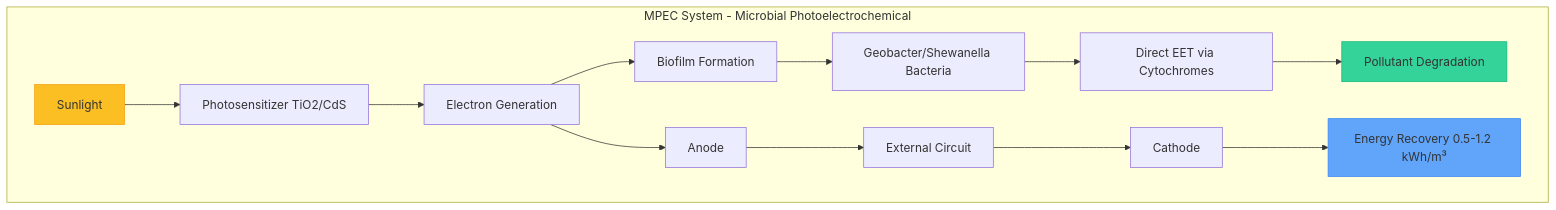
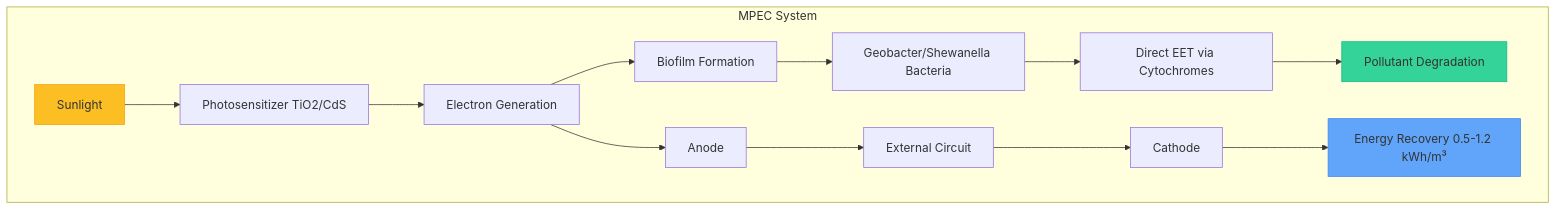
Before and after one commit to anshsharmacse/JanrakshakAI: the seventh of 14 diagrams in README.md, drawn with Mermaid. The commit also changed other lines of this file, not shown here.

````diff
--- a/README.md
+++ b/README.md
@@ -328,20 +324,20 @@
 ```mermaid
 graph TB
-    subgraph MPEC["MPEC System - Microbial Photoelectrochemical"]
+    subgraph MPEC["MPEC System"]
         A[Sunlight] --> B[Photosensitizer TiO2/CdS]
         B --> C[Electron Generation]
         C --> D[Biofilm Formation]
         D --> E[Geobacter/Shewanella Bacteria]
         E --> F[Direct EET via Cytochromes]
         F --> G[Pollutant Degradation]
-        
+
         H[Anode] --> I[External Circuit]
         I --> J[Cathode]
         C --> H
         J --> K[Energy Recovery 0.5-1.2 kWh/m³]
     end
-    
+
     style A fill:#fbbf24,stroke:#f59e0b
     style G fill:#34d399,stroke:#10b981
     style K fill:#60a5fa,stroke:#3b82f6
 ```
````
